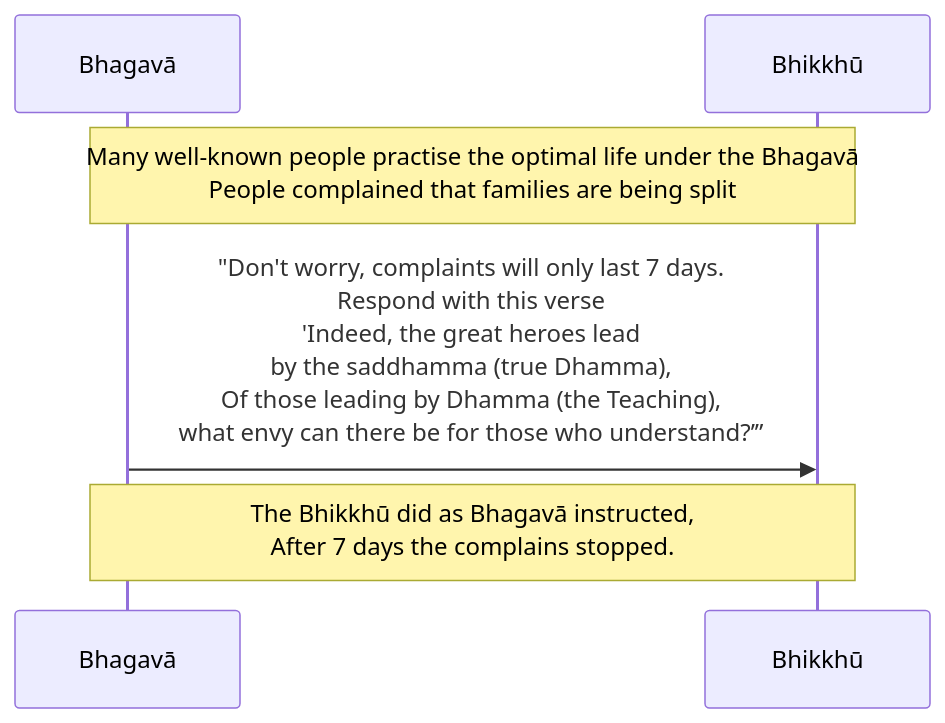
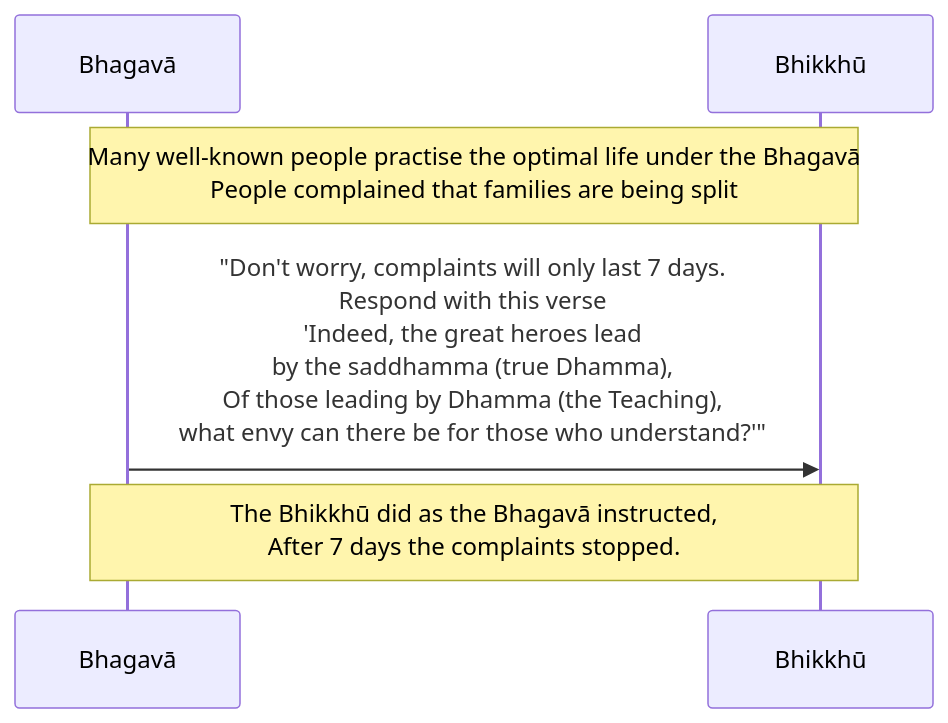
Before and after one commit to tidipa/tidipa.github.io: the diagram in src/content/docs/khandhaka/1-14-1.mdx, drawn with Mermaid. The commit also changed other lines of this file and 48 other files, not shown here.

````diff
--- a/src/content/docs/khandhaka/1-14-1.mdx
+++ b/src/content/docs/khandhaka/1-14-1.mdx
@@ -27,8 +27,8 @@
 ```mermaid
 sequenceDiagram
     participant B as Bhagavā
     participant Bh as Bhikkhū
     note over B, Bh: Many well-known people practise the optimal life under the Bhagavā<br>People complained that families are being split
-    B->>Bh: "Don't worry, complaints will only last 7 days.<br>Respond with this verse<br>'Indeed, the great heroes lead<br>by the saddhamma (true Dhamma),<br>Of those leading by Dhamma (the Teaching),<br>what envy can there be for those who understand?’”
-    note over B,Bh: The Bhikkhū did as Bhagavā instructed,<br>After 7 days the complains stopped.
+    B->>Bh: "Don't worry, complaints will only last 7 days.<br>Respond with this verse<br>'Indeed, the great heroes lead<br>by the saddhamma (true Dhamma),<br>Of those leading by Dhamma (the Teaching),<br>what envy can there be for those who understand?'"
+    note over B,Bh: The Bhikkhū did as the Bhagavā instructed,<br>After 7 days the complaints stopped.
 ```
````
